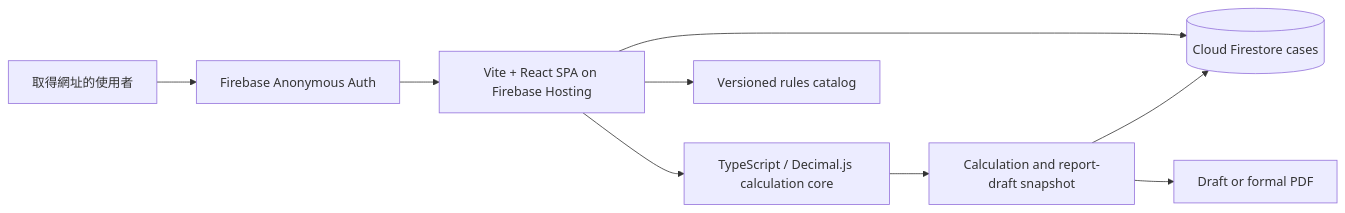
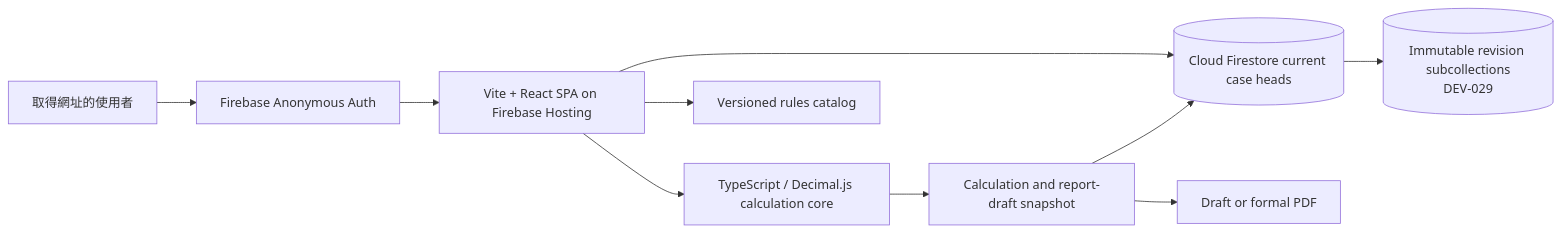
One commit to jedchang0308-jenfu/Grease-Trap-Design-System changed the diagram in ai-doc/project_overview.md. Above: the diagram before and after it, drawn with Mermaid. The commit also changed other lines of this file and 43 other files, not shown here.

````diff
--- a/ai-doc/project_overview.md
+++ b/ai-doc/project_overview.md
@@ -22,11 +22,12 @@
 ```mermaid
 flowchart LR
     U["取得網址的使用者"] --> AUTH["Firebase Anonymous Auth"]
     AUTH --> SPA["Vite + React SPA on Firebase Hosting"]
     SPA --> CALC["TypeScript / Decimal.js calculation core"]
     SPA --> RULE["Versioned rules catalog"]
-    SPA --> FS[("Cloud Firestore cases")]
+    SPA --> FS[("Cloud Firestore current case heads")]
+    FS --> HIST[("Immutable revision subcollections\nDEV-029")]
     CALC --> SNAP["Calculation and report-draft snapshot"]
     SNAP --> FS
     SNAP --> PRINT["Draft or formal PDF"]
 ```
````
